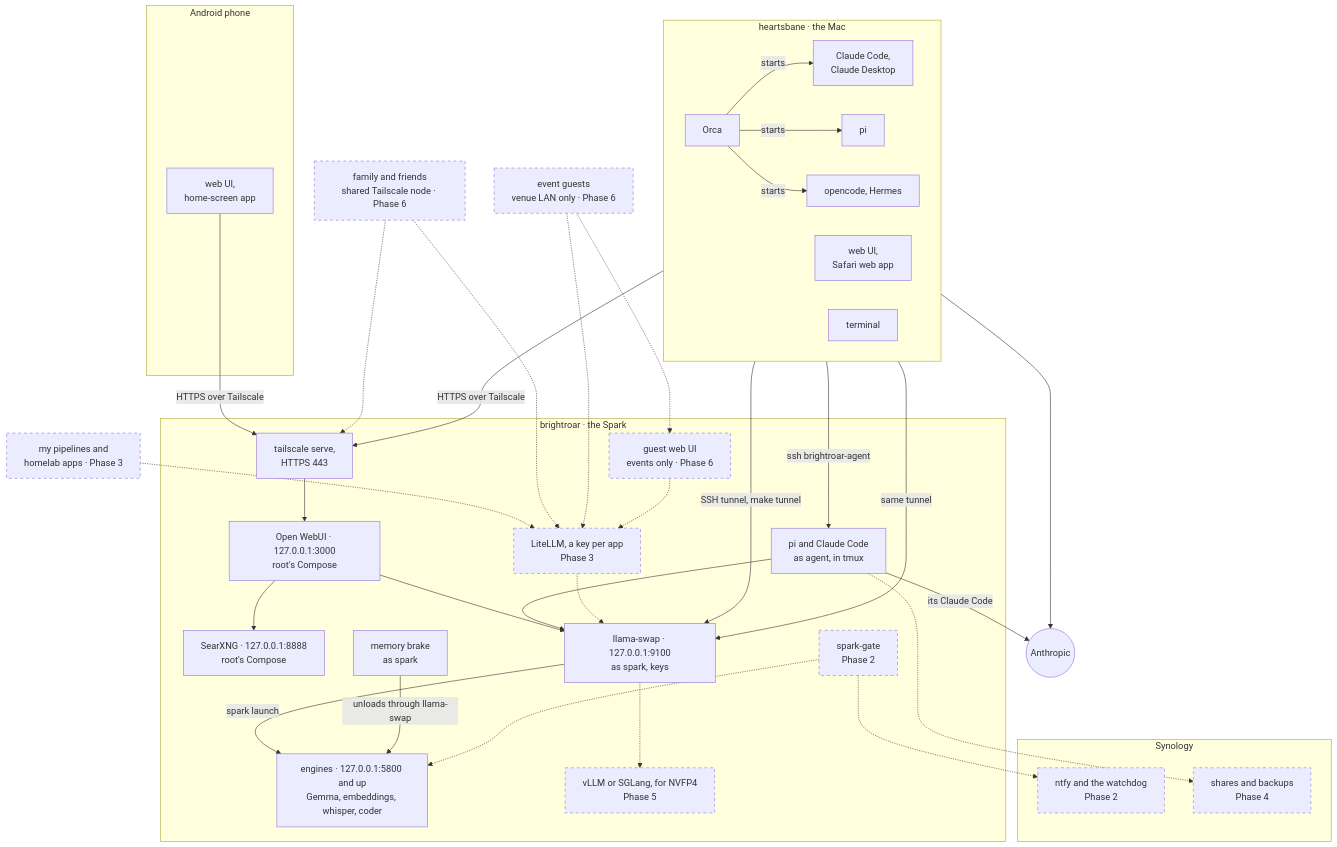
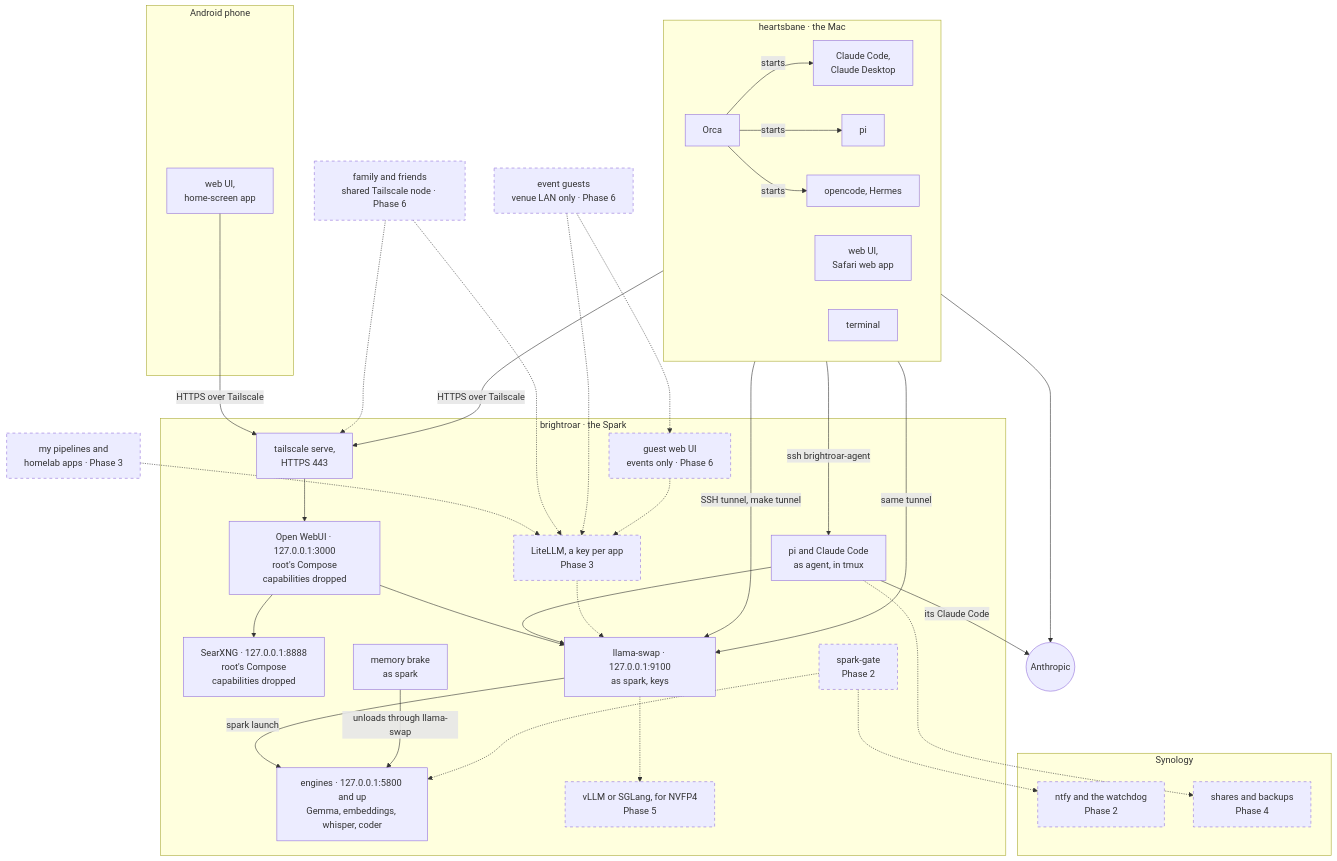
Before and after one commit to chendaniely/local-ai: the first of 4 diagrams in website/architecture.qmd, drawn with Mermaid. The commit also changed 3 other files, not shown here.

````diff
--- a/website/architecture.qmd
+++ b/website/architecture.qmd
@@ -21,71 +21,71 @@
 ```{mermaid}
 %%| column: screen-inset
 flowchart TB
   classDef planned stroke-dasharray: 5 5
 
   subgraph mac["heartsbane · the Mac"]
     direction LR
     orca["Orca"]
     claude_mac["Claude Code,<br/>Claude Desktop"]
     pi_mac["pi"]
     oc_mac["opencode, Hermes"]
     webapp["web UI,<br/>Safari web app"]
     term["terminal"]
   end
 
   subgraph phone["Android phone"]
     pwa["web UI,<br/>home-screen app"]
   end
 
   anthropic(("Anthropic"))
   apps["my pipelines and<br/>homelab apps · Phase 3"]:::planned
   family["family and friends<br/>shared Tailscale node · Phase 6"]:::planned
   guests["event guests<br/>venue LAN only · Phase 6"]:::planned
 
   subgraph spark["brightroar · the Spark"]
     tss["tailscale serve,<br/>HTTPS 443"]
     guestui["guest web UI<br/>events only · Phase 6"]:::planned
-    owui["Open WebUI · 127.0.0.1:3000<br/>root's Compose"]
-    searx["SearXNG · 127.0.0.1:8888<br/>root's Compose"]
+    owui["Open WebUI · 127.0.0.1:3000<br/>root's Compose<br/>capabilities dropped"]
+    searx["SearXNG · 127.0.0.1:8888<br/>root's Compose<br/>capabilities dropped"]
     agent_tmux["pi and Claude Code<br/>as agent, in tmux"]
     litellm["LiteLLM, a key per app<br/>Phase 3"]:::planned
     swap["llama-swap · 127.0.0.1:9100<br/>as spark, keys"]
     gate["spark-gate<br/>Phase 2"]:::planned
     brake["memory brake<br/>as spark"]
     engines["engines · 127.0.0.1:5800 and up<br/>Gemma, embeddings, whisper, coder"]
     vllm["vLLM or SGLang, for NVFP4<br/>Phase 5"]:::planned
   end
 
   subgraph nas["Synology"]
     ntfy["ntfy and the watchdog<br/>Phase 2"]:::planned
     shares["shares and backups<br/>Phase 4"]:::planned
   end
 
   orca -- starts --> claude_mac
   orca -- starts --> pi_mac
   orca -- starts --> oc_mac
   claude_mac --> anthropic
   webapp -- "HTTPS over Tailscale" --> tss
   pwa -- "HTTPS over Tailscale" --> tss
   pi_mac -- "SSH tunnel, make tunnel" --> swap
   oc_mac -- "same tunnel" --> swap
   term -- "ssh brightroar-agent" --> agent_tmux
   tss --> owui
   owui --> searx
   owui --> swap
   agent_tmux --> swap
   agent_tmux -- "its Claude Code" --> anthropic
   apps -.-> litellm
   family -.-> tss
   family -.-> litellm
   guests -.-> guestui
   guests -.-> litellm
   guestui -.-> litellm
   litellm -.-> swap
   swap -- "spark launch" --> engines
   swap -.-> vllm
   brake -- "unloads through llama-swap" --> engines
   gate -.-> engines
   gate -.-> ntfy
   agent_tmux -.-> shares
 ```
````
